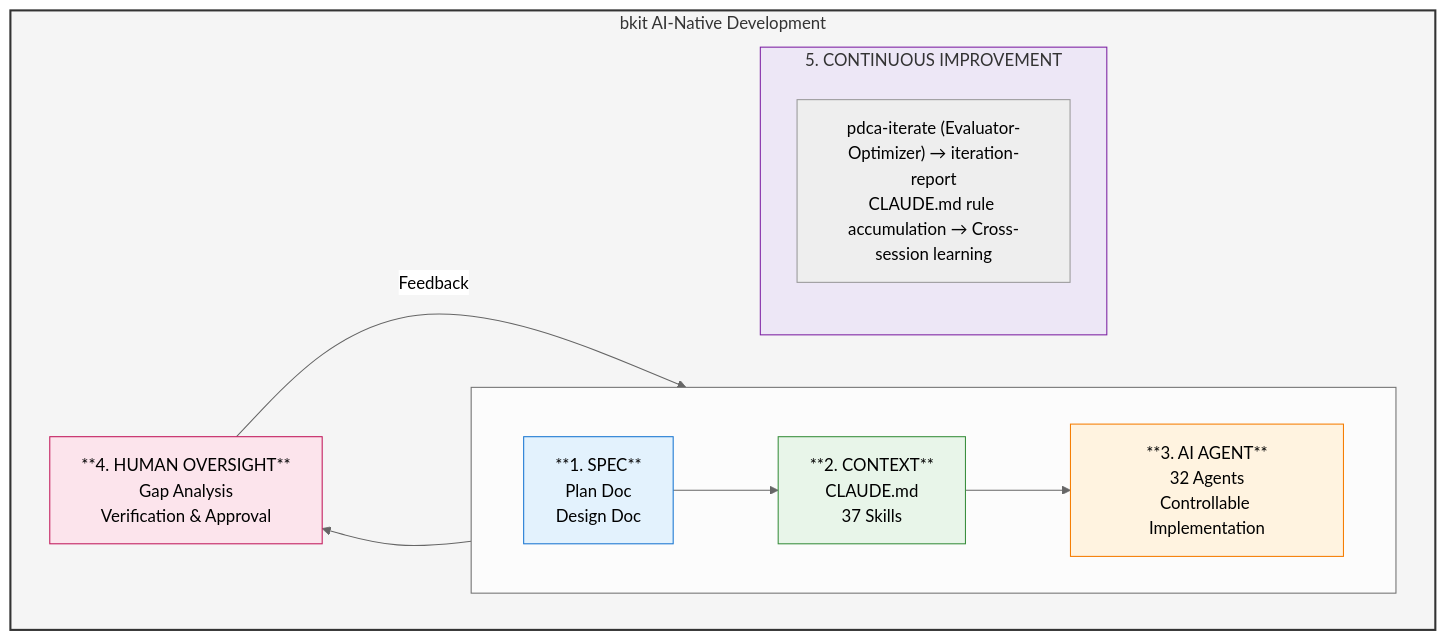
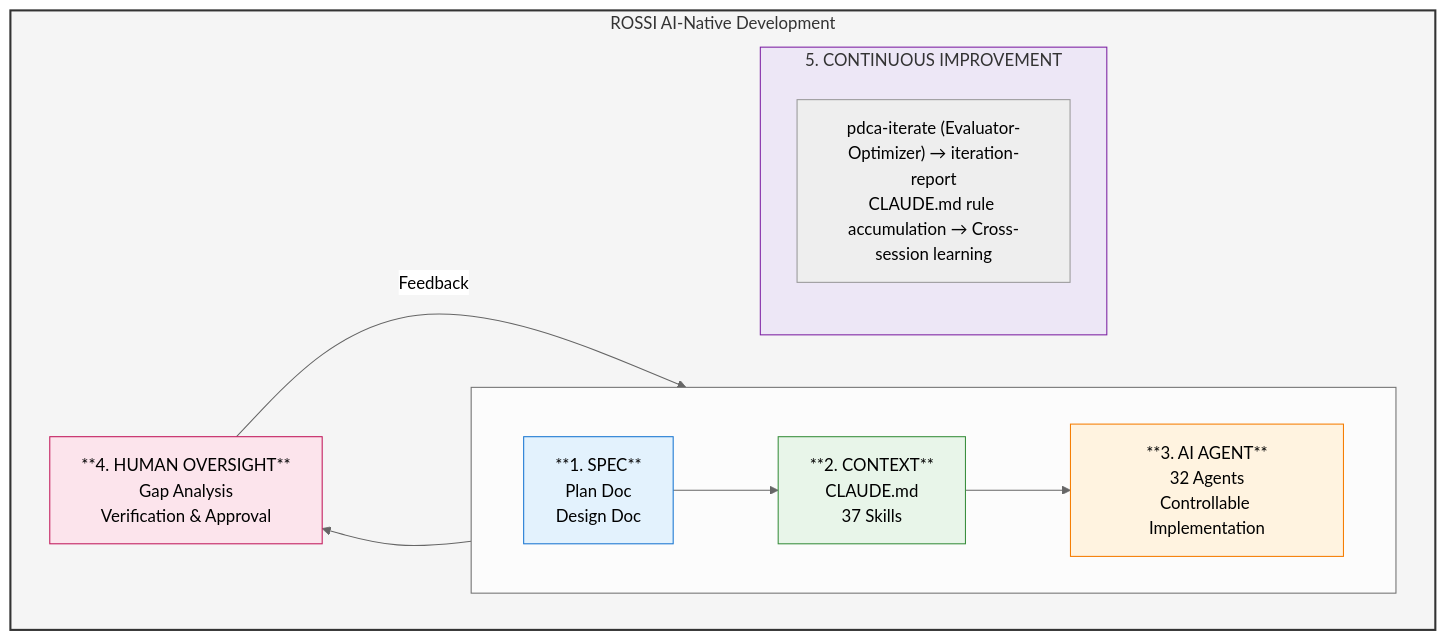
One commit to Teketkom/bkit-claude-code changed the diagram in AI-NATIVE-DEVELOPMENT.md. Above: the diagram before and after it, drawn with Mermaid (neutral theme). The commit also changed other lines of this file and 382 other files, not shown here.

First line of the commit message:
feat: full rebrand bkit → ROSSI CTO Agent Kit, update contacts to Концерн РОССИ

````diff
--- a/AI-NATIVE-DEVELOPMENT.md
+++ b/AI-NATIVE-DEVELOPMENT.md
@@ -9,31 +9,31 @@
 ```mermaid
 flowchart TB
-    subgraph MAIN["bkit AI-Native Development"]
+    subgraph MAIN["ROSSI AI-Native Development"]
         direction LR
 
         subgraph ROW1[" "]
             direction LR
             SPEC["**1. SPEC**<br/>Plan Doc<br/>Design Doc"]
             CONTEXT["**2. CONTEXT**<br/>CLAUDE.md<br/>37 Skills"]
             AGENT["**3. AI AGENT**<br/>32 Agents<br/>Controllable Implementation"]
         end
 
         OVERSIGHT["**4. HUMAN OVERSIGHT**<br/>Gap Analysis<br/>Verification & Approval"]
 
         subgraph IMPROVE["5. CONTINUOUS IMPROVEMENT"]
             IMP_CONTENT["pdca-iterate (Evaluator-Optimizer) → iteration-report<br/>CLAUDE.md rule accumulation → Cross-session learning"]
         end
     end
 
     SPEC --> CONTEXT
     CONTEXT --> AGENT
     AGENT --> OVERSIGHT
     OVERSIGHT -->|"Feedback"| SPEC
 
     style MAIN fill:#f5f5f5,stroke:#333,stroke-width:2px
     style SPEC fill:#e3f2fd,stroke:#1976d2
     style CONTEXT fill:#e8f5e9,stroke:#388e3c
     style AGENT fill:#fff3e0,stroke:#f57c00
     style OVERSIGHT fill:#fce4ec,stroke:#c2185b
     style IMPROVE fill:#ede7f6,stroke:#7b1fa2
 ```
````
